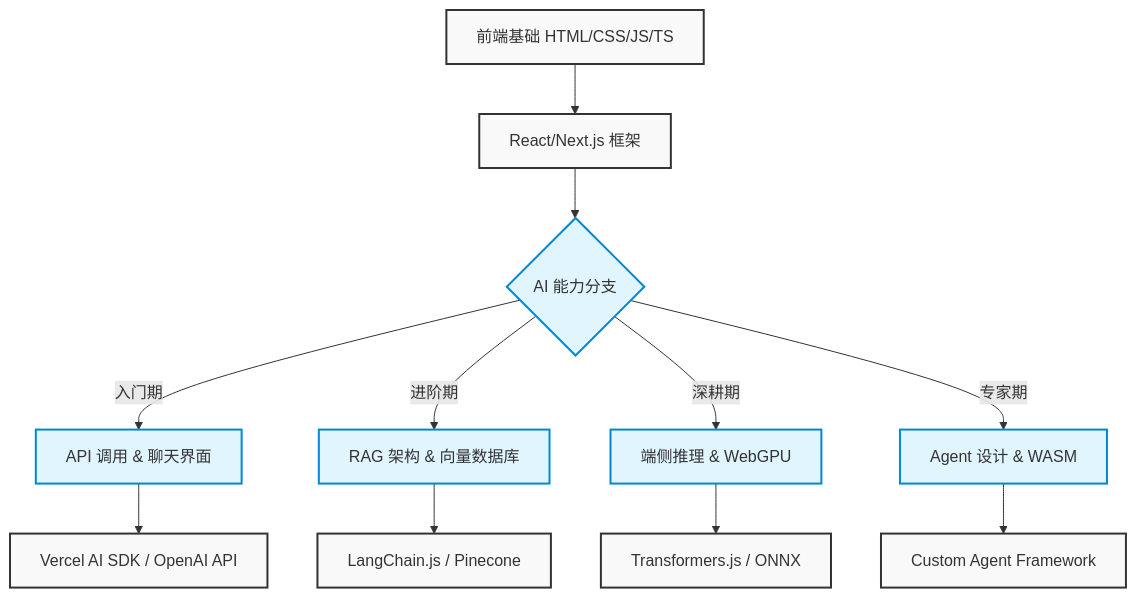
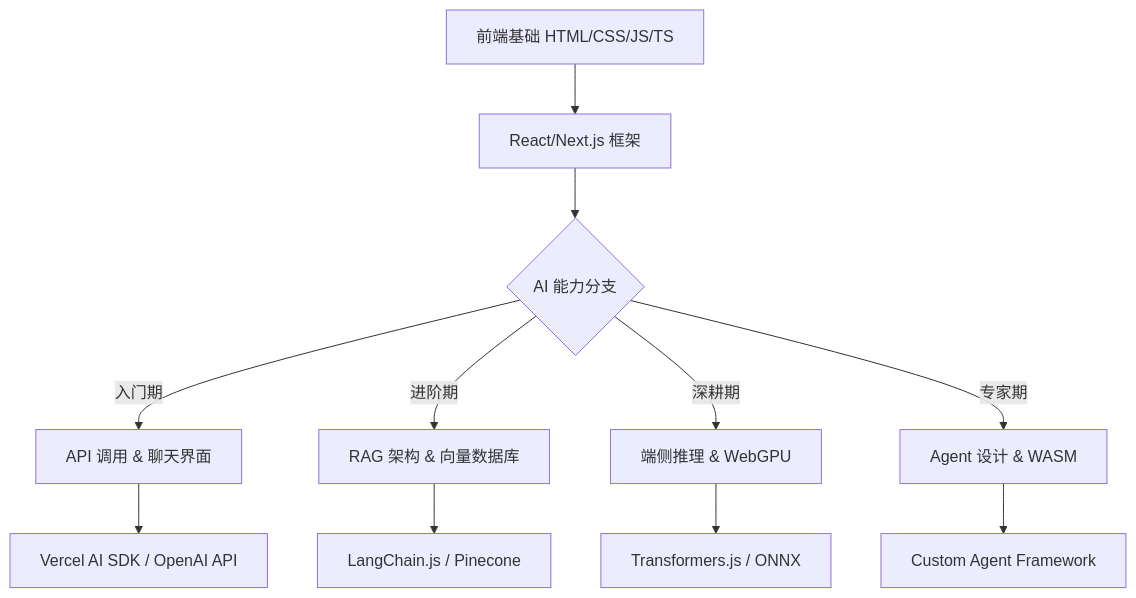
Before and after one commit to KMaybe01/common: the third of 9 diagrams in S5-AI/README.md, drawn with Mermaid. The commit also changed other lines of this file and 16 other files, not shown here.

````diff
--- a/S5-AI/README.md
+++ b/S5-AI/README.md
@@ -137,19 +105,13 @@
 ```mermaid
 graph TD
     A[前端基础 HTML/CSS/JS/TS] --> B[React/Next.js 框架]
     B --> C{AI 能力分支}
-    
     C -->|入门期| D1[API 调用 & 聊天界面]
     C -->|进阶期| D2[RAG 架构 & 向量数据库]
     C -->|深耕期| D3[端侧推理 & WebGPU]
     C -->|专家期| D4[Agent 设计 & WASM]
-    
     D1 --> E1[Vercel AI SDK / OpenAI API]
     D2 --> E2[LangChain.js / Pinecone]
     D3 --> E3[Transformers.js / ONNX]
     D4 --> E4[Custom Agent Framework]
-    
-    classDef default fill:#f9f9f9,stroke:#333,stroke-width:2px;
-    classDef branch fill:#e1f5fe,stroke:#0288d1,stroke-width:2px;
-    class C,D1,D2,D3,D4 branch;
 ```
````
